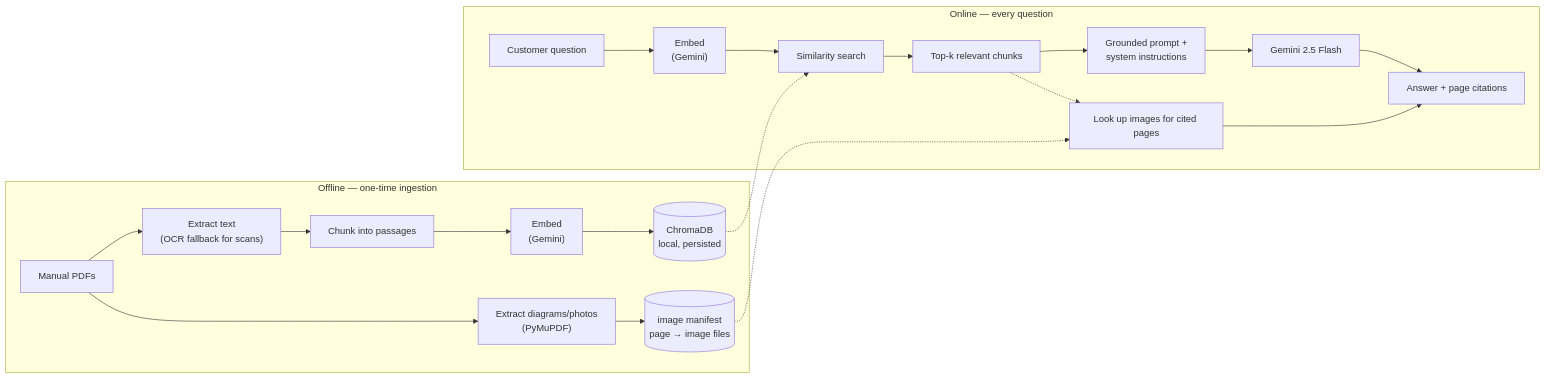
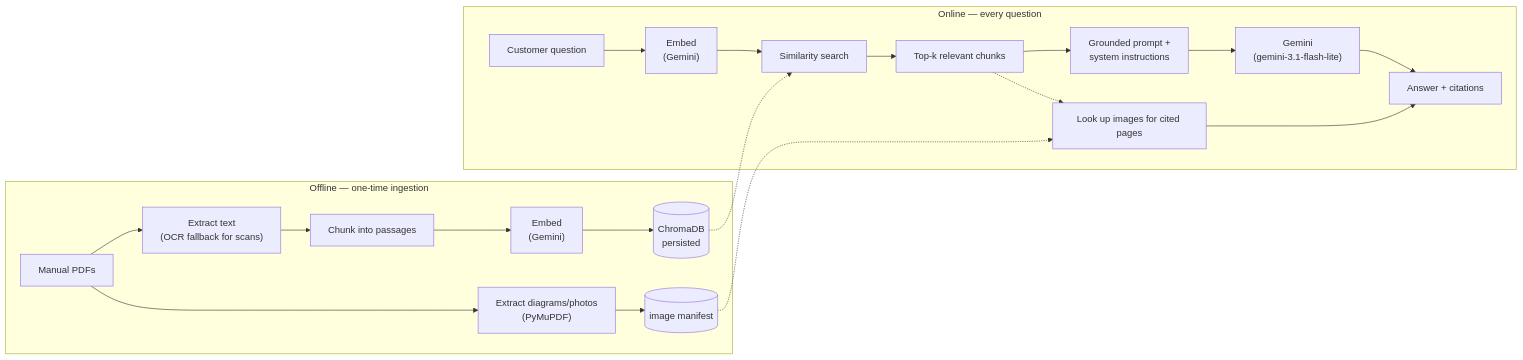
Before and after one commit to LeGiON-055/panasonic-fridge-rag: the diagram in README.md, drawn with Mermaid. The commit also changed other lines of this file, not shown here.

````diff
--- a/README.md
+++ b/README.md
@@ -32,30 +51,30 @@
 ```mermaid
 flowchart LR
     subgraph offline["Offline — one-time ingestion"]
         A[Manual PDFs] --> B["Extract text
 (OCR fallback for scans)"]
         A --> B2["Extract diagrams/photos
 (PyMuPDF)"]
         B --> C[Chunk into passages]
         C --> D["Embed
 (Gemini)"]
         D --> E[(ChromaDB
-local, persisted)]
-        B2 --> M[(image manifest
-page → image files)]
+persisted)]
+        B2 --> M[(image manifest)]
     end
     subgraph online["Online — every question"]
         F[Customer question] --> G["Embed
 (Gemini)"]
         G --> H[Similarity search]
         E -.-> H
         H --> I[Top-k relevant chunks]
         I --> J["Grounded prompt +
 system instructions"]
-        J --> K["Gemini 2.5 Flash"]
-        K --> L[Answer + page citations]
+        J --> K["Gemini
+(gemini-3.1-flash-lite)"]
+        K --> L[Answer + citations]
         I -.-> N[Look up images for cited pages]
         M -.-> N
         N --> L
     end
 ```
````
